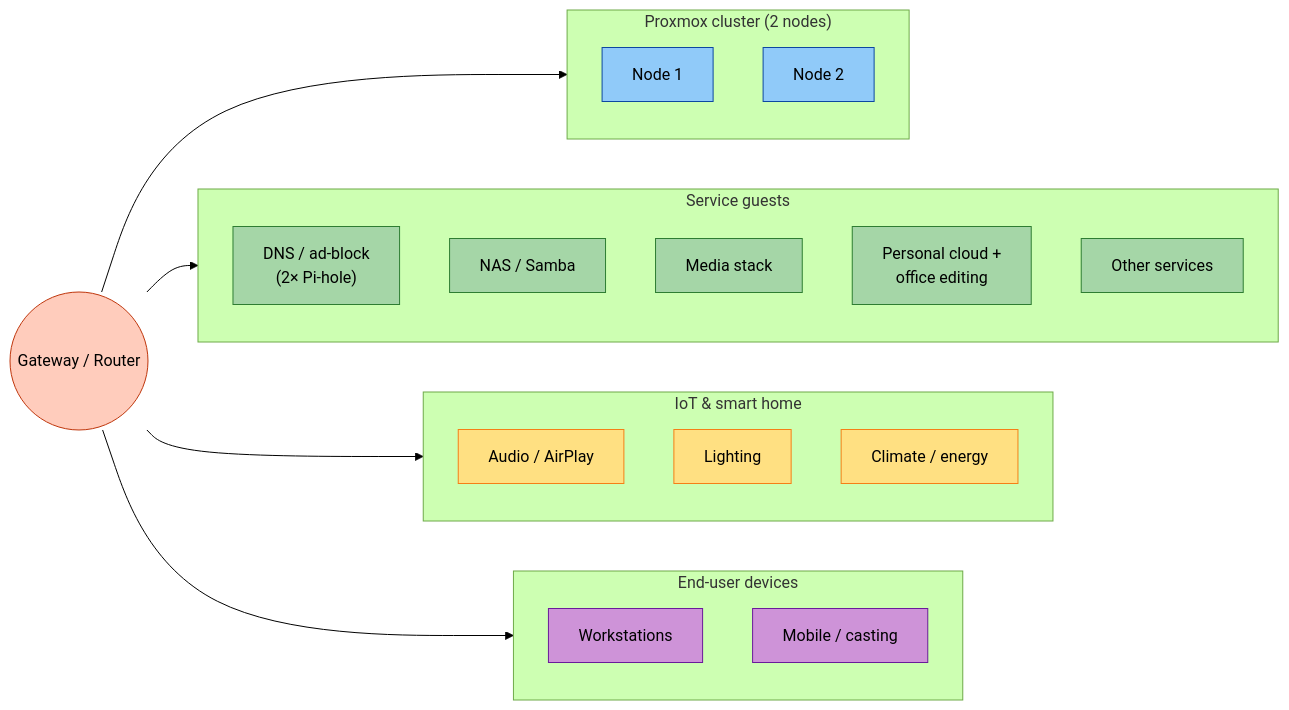
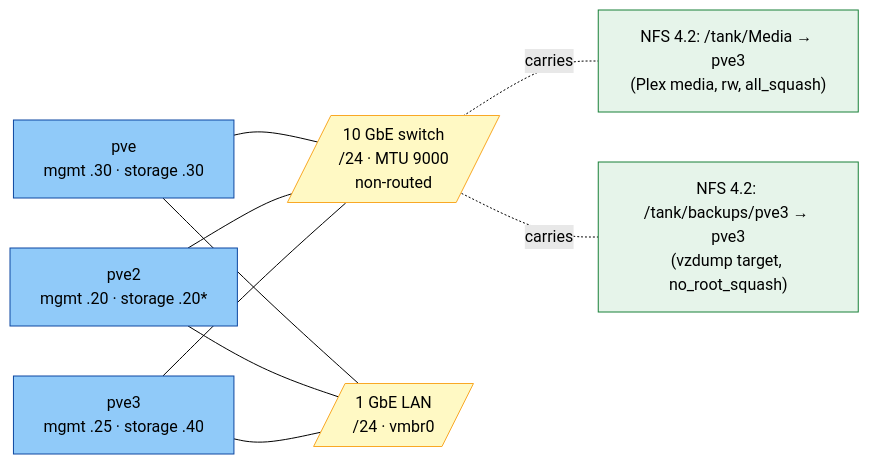
The second of 2 diagrams in docs/proxmox-infrastructure-PUBLIC.md (Rich-Hacks/proxmox-homelab-pub), drawn with Mermaid (forest theme) before and after one commit. The commit also changed other lines of this file and 1 other file, not shown here.

````diff
--- a/docs/proxmox-infrastructure-PUBLIC.md
+++ b/docs/proxmox-infrastructure-PUBLIC.md
@@ -220,39 +474,25 @@
 ```mermaid
 flowchart LR
-    classDef infra fill:#FFCCBC,stroke:#BF360C,color:#000
     classDef pve fill:#90CAF9,stroke:#0D47A1,color:#000
-    classDef svc fill:#A5D6A7,stroke:#2E7D32,color:#000
-    classDef iot fill:#FFE082,stroke:#F57F17,color:#000
-    classDef user fill:#CE93D8,stroke:#6A1B9A,color:#000
+    classDef net fill:#FFF9C4,stroke:#F9A825,color:#000
+    classDef flow fill:#E6F4EA,stroke:#188038,color:#000
 
-    GW(("Gateway / Router")):::infra
+    SW10[/"10 GbE switch<br/><STORAGE-NET>/24 · MTU 9000<br/>non-routed"/]:::net
+    SW1[/"1 GbE LAN<br/><LAN-NET>/24 · vmbr0"/]:::net
 
-    subgraph PVE_CLUSTER["Proxmox cluster (2 nodes)"]
-      NODE1["Node 1"]:::pve
-      NODE2["Node 2"]:::pve
-    end
+    PVE["pve<br/>mgmt .30 · storage .30"]:::pve
+    PVE2["pve2<br/>mgmt .20 · storage .20*"]:::pve
+    PVE3["pve3<br/>mgmt .25 · storage .40"]:::pve
 
-    subgraph SERVICES["Service guests"]
-      DNS["DNS / ad-block<br/>(2× Pi-hole)"]:::svc
-      NAS["NAS / Samba"]:::svc
-      MEDIA["Media stack"]:::svc
-      CLOUD["Personal cloud +<br/>office editing"]:::svc
-      OTHER["Other services"]:::svc
-    end
+    PVE --- SW10
+    PVE2 --- SW10
+    PVE3 --- SW10
+    PVE --- SW1
+    PVE2 --- SW1
+    PVE3 --- SW1
 
-    subgraph IOT["IoT &amp; smart home"]
-      AUDIO["Audio / AirPlay"]:::iot
-      LIGHT["Lighting"]:::iot
-      CLIMATE["Climate / energy"]:::iot
-    end
-
-    subgraph ENDPOINTS["End-user devices"]
-      WORK["Workstations"]:::user
-      MOBILE["Mobile / casting"]:::user
-    end
-
-    GW --> PVE_CLUSTER
-    GW --> SERVICES
-    GW --> IOT
-    GW --> ENDPOINTS
+    NFS1["NFS 4.2: /tank/Media → pve3<br/>(Plex media, rw, all_squash)"]:::flow
+    NFS2["NFS 4.2: /tank/backups/pve3 → pve3<br/>(vzdump target, no_root_squash)"]:::flow
+    SW10 -.carries.- NFS1
+    SW10 -.carries.- NFS2
 ```
````
